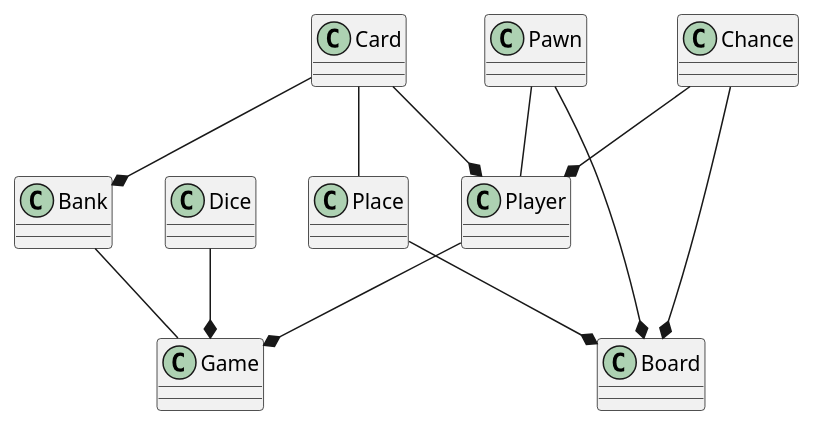
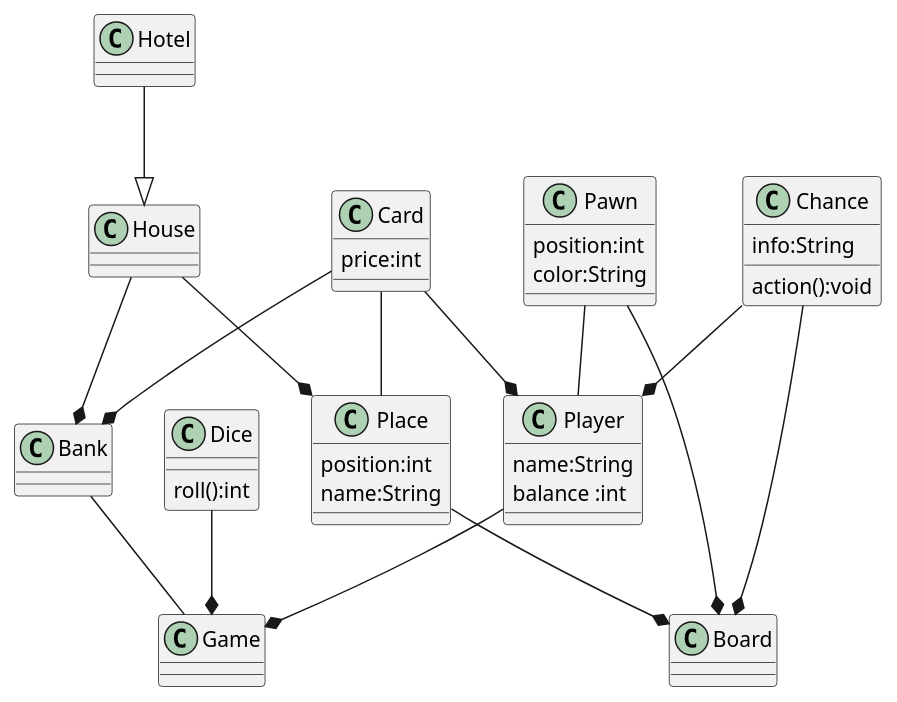
One commit to kpodlaski/ProjObj2019 changed the diagram in zaoczne/gr2/monopoly/class_diagram.plantuml. Above: the diagram before and after it, drawn with PlantUML.

Commit message:
diagram class v1

```diff
--- a/zaoczne/gr2/monopoly/class_diagram.plantuml
+++ b/zaoczne/gr2/monopoly/class_diagram.plantuml
@@ -1,24 +1,45 @@
 @startuml
 
 class Game{}
-class Player{}
+class Player{
+    name:String
+    balance :int
+}
 class Bank{}
 class Board{}
-class Place{}
-class Pawn{}
-class Dice{}
-class Card{}
-class Chance{}
+class Place{
+    position:int
+    name:String
+}
+class Pawn{
+    position:int
+    color:String
+}
+class Dice{
+    roll():int
+}
+class Card{
+    price:int
+}
+class Chance{
+    info:String
+    action():void
+}
+class House{}
+class Hotel{}
 
 Player --* Game
 Pawn -- Player
 Pawn --* Board
 Dice --* Game
 Bank -- Game
 Place --* Board
 Card -- Place
 Chance --* Board
 Card --* Player
 Card --* Bank
 Chance --* Player 
+House --* Bank
+House --* Place
+Hotel --|> House
 @enduml
```
